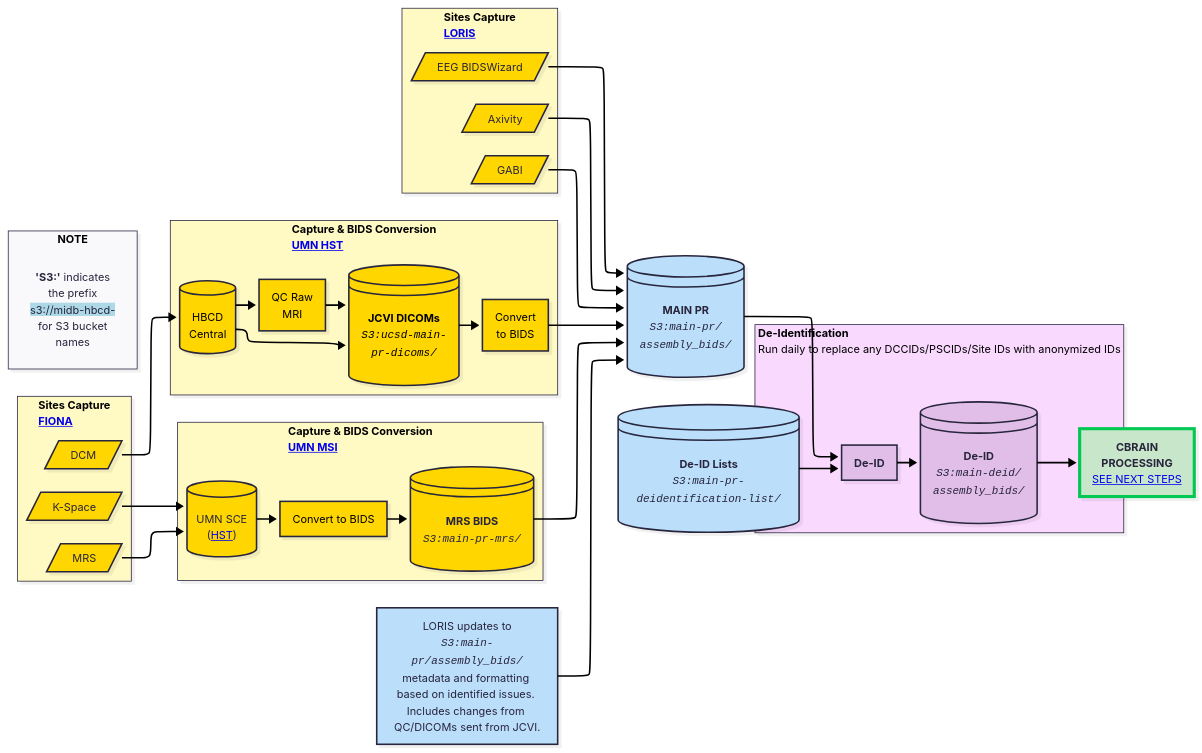
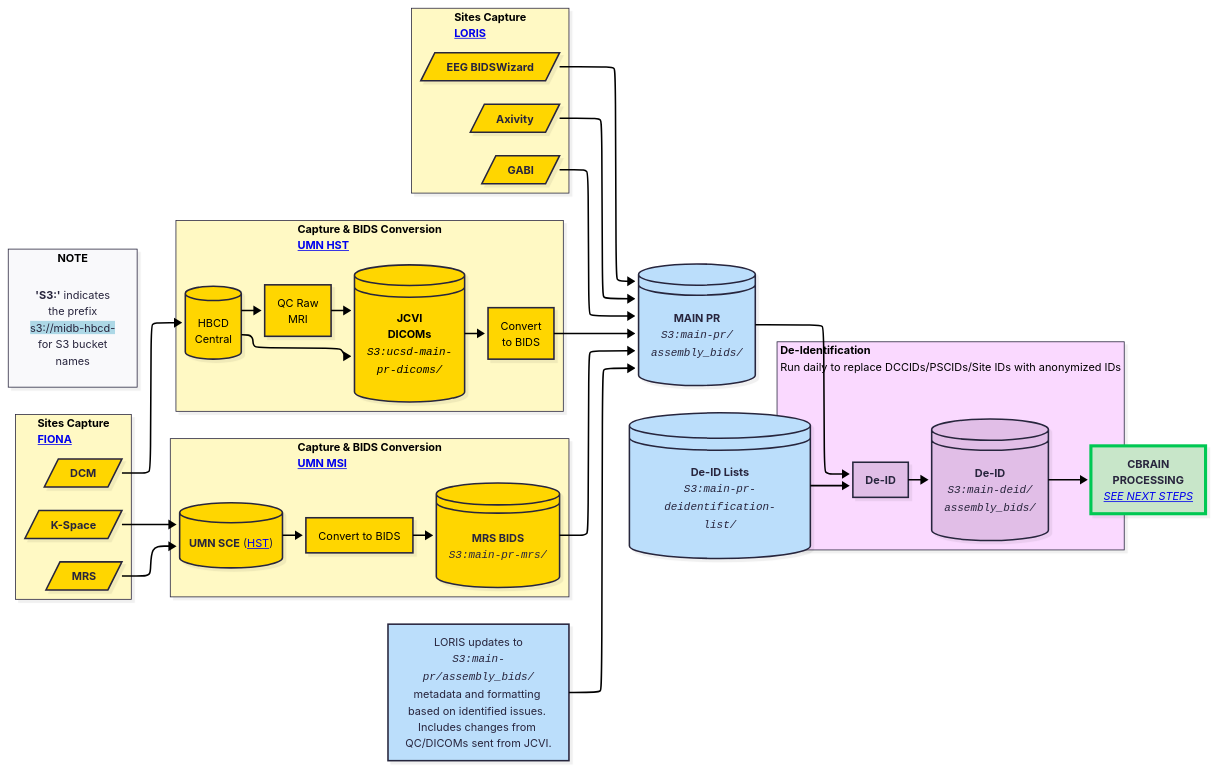
The diagram in src/mermaid/fb-wf-1.mmd (DCAN-Labs/hbcd-docs-internal), drawn with Mermaid before and after one commit. The commit also changed 2 other files, not shown here.

Commit message:
poliish wf diagram and remove extra files

```diff
--- a/src/mermaid/fb-wf-1.mmd
+++ b/src/mermaid/fb-wf-1.mmd
@@ -1,90 +1,90 @@
 ---
 config:
   layout: elk
   look: neo
   theme: redux
 ---
 flowchart LR
  subgraph Sites_Capture["<b>Sites Capture</b><br><a href=../../orgcharts/#fiona rel=noopener target=_blank><b>FIONA</b></a>"]
-        FIONA_KSI[/"DCM"/]
-        LORIS_ACM[/"MRS"/]
-        n15[/"K-Space"/]
+        FIONA_KSI[/"<b>DCM</b>"/]
+        LORIS_ACM[/"<b>MRS</b>"/]
+        n15[/"<b>K-Space</b>"/]
   end
  subgraph Capture_JCVI["<b>Capture &amp; BIDS Conversion<br></b><a href=../../orgcharts/#midb-informatics-hub-msi rel=noopener target=_blank><b>UMN MSI</b></a>"]
-        UMN@{ label: "UMN SCE<br>(<a href=\"../../orgcharts/#health-sciences-technology\" rel=\"noopener\" target=\"_blank\">HST</a>)" }
+        UMN@{ label: "<b>UMN SCE</b> (<a href=\"../../orgcharts/#health-sciences-technology\" rel=\"noopener\" target=\"_blank\">HST</a>)" }
         JCVI["Convert to BIDS"]
         n1@{ label: "<span style=\"color:\"><b>MRS BIDS<br></b></span><i style=\"--tw-scale-x:\"><code style=\"--tw-scale-x:\">S3:main-pr-mrs/</code></i><span style=\"color:\"></span>" }
   end
  subgraph Capture_HST["<b>Capture &amp; BIDS Conversion<br></b><a href=../../orgcharts/#health-sciences-technology rel=noopener target=_blank><b>UMN HST</b></a>"]
         n6["HBCD<br>Central"]
         n9["QC Raw<br>MRI"]
-        n10["<b>JCVI DICOMs<br></b><i><code>S3:ucsd-main-<br>pr-dicoms/</code></i>"]
+        n10["<b>JCVI<br>DICOMs<br></b><i><code>S3:ucsd-main-<br>pr-dicoms/</code></i>"]
         n11["Convert<br>to BIDS"]
   end
  subgraph Capture_LORIS["<b>Sites Capture</b><br><a href=../../orgcharts/#loris rel=noopener target=_blank><b>LORIS</b></a>"]
-        n12[/"EEG BIDSWizard"/]
-        n13[/"Axivity"/]
-        n14[/"GABI"/]
+        n12[/"<b>EEG BIDSWizard</b>"/]
+        n13[/"<b>Axivity</b>"/]
+        n14[/"<b>GABI</b>"/]
   end
- subgraph s1["<b style=white-space:>De-Identification<br></b><span style=white-space:>Run daily to replace any DCCIDs/PSCIDs/Site IDs with anonymized IDs</span>"]
+ subgraph s1["<b style=white-space:>De-Identification</br></b><span style=white-space:>Run daily to replace DCCIDs/PSCIDs/Site IDs with anonymized IDs</span>"]
         n17["<b>De-ID</b>"]
         n18@{ label: "<b><span style=\"text-wrap-mode:\">De-ID</span><br style=\"text-wrap-mode:\"></b><i style=\"--tw-scale-x:\"><code style=\"--tw-scale-x:\">S3:main-deid/<br>assembly_bids/</code></i>" }
   end
  subgraph s6["<b>NOTE</b>"]
         legend@{ label: "<b>'S3:'</b> indicates<br>the prefix<span style=\"background-color:\"><br></span><span style=\"background-color:lightblue;\">s3://midb-hbcd-<br></span>for S3 bucket<br>names" }
   end
     LORIS_ACM --> UMN
     UMN --> JCVI
     JCVI --> n1
     n1 --> RAW_BIDS@{ label: "<b>MAIN PR<br></b><i style=\"--tw-scale-x:\"><code style=\"--tw-scale-x:\">S3:main-pr/<br>assembly_bids/</code></i><i style=\"text-wrap-mode:\"></i><b></b>" }
     n6 --> n9 & n10
     n9 --> n10
     n10 --> n11
     n11 --> RAW_BIDS
     n12 --> RAW_BIDS
     n13 --> RAW_BIDS
     n14 --> RAW_BIDS
     n15 --> UMN
     FIONA_KSI --> n6
     n16@{ label: "<span style=\"color:\">LORIS updates to<br></span><i style=\"--tw-scale-x:\"><code style=\"--tw-scale-x:\">S3:main-pr/assembly_bids/<br></code></i><span style=\"color:\">metadata and formatting based on identified issues. Includes changes from QC/DICOMs sent from JCVI.</span>" } --> RAW_BIDS
     RAW_BIDS --> n17
     n17 --> n18
-    n19["<b>De-ID Lists</b><br><code><i>S3:main-pr-deidentification-list/</i></code>"] --> n17
-    n18 --> n20["<b>CBRAIN<br>PROCESSING</b><br><a href="../data-proc-wf/#cbrain-processing-re-identification-lasso-ingestion" target="_top"<i>SEE NEXT STEPS</i></a>"]
+    n19["<b>De-ID Lists</b><br><code><i>S3:main-pr-deidentification-<br>list/</i></code>"] --> n17
+    n18 --> n20@{ label: "<b>CBRAIN<br>PROCESSING</b><br><a href=\"../data-proc-wf/#cbrain-processing-re-identification-lasso-ingestion\" target=\"_top\"><i>SEE NEXT STEPS</i></a>" }
     UMN@{ shape: db}
     JCVI@{ shape: rect}
     n1@{ shape: disk}
     n6@{ shape: db}
     n9@{ shape: rect}
     n10@{ shape: disk}
     n11@{ shape: rect}
     n18@{ shape: disk}
     RAW_BIDS@{ shape: disk}
     n16@{ shape: rect}
     n19@{ shape: disk}
     n20@{ shape: rect}
     style FIONA_KSI fill:#FFD600
     style LORIS_ACM fill:#FFD600
     style n15 fill:#FFD600
     style UMN fill:#FFD600
     style JCVI fill:#FFD600,color:#000000
     style n1 fill:#FFD600
     style n6 fill:#FFD600,color:#000000
     style n9 fill:#FFD600,color:#000000
     style n10 fill:#FFD600,color:#000000
     style n11 fill:#FFD600,color:#000000
     style n12 fill:#FFD600
     style n13 fill:#FFD600
     style n14 fill:#FFD600
     style n17 fill:#E1BEE7
     style n18 fill:#E1BEE7
     style legend stroke:none,fill:transparent
     style RAW_BIDS fill:#BBDEFB
     style n16 fill:#BBDEFB
     style n19 fill:#BBDEFB
     style n20 fill:#C8E6C9,stroke:#00C853,stroke-width:4px,stroke-dasharray: 0
     style Capture_LORIS fill:#FFF9C4
     style Sites_Capture fill:#FFF9C4
     style Capture_JCVI fill:#FFF9C4
     style Capture_HST fill:#FFF9C4
     style s1 fill:#FAD9FF
```
